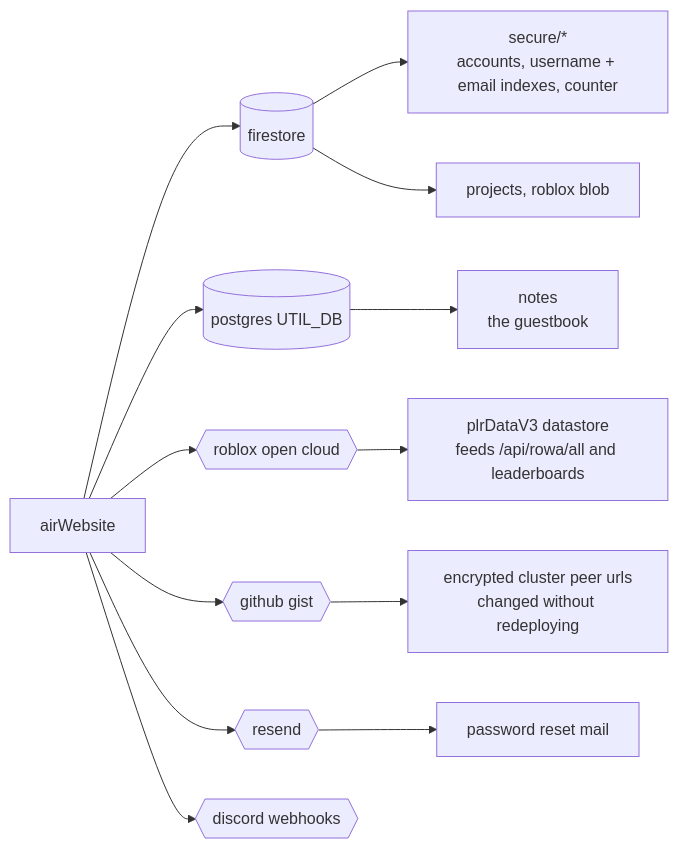
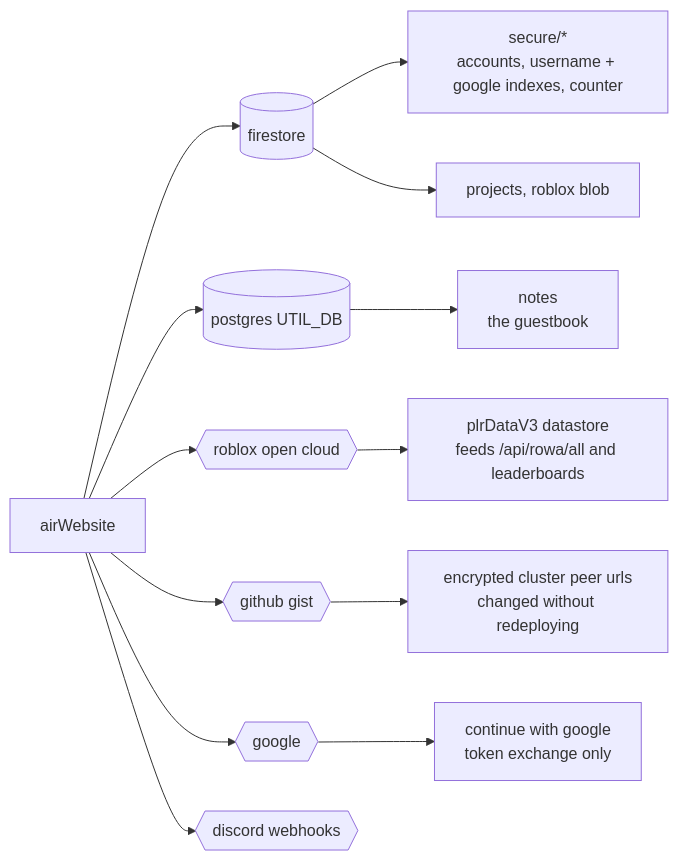
The sixth of 7 diagrams in ARCHITECTURE.md (Air-zy/airWebsite), drawn with Mermaid before and after one commit. The commit also changed other lines of this file and 22 other files, not shown here.

````diff
--- a/ARCHITECTURE.md
+++ b/ARCHITECTURE.md
@@ -170,22 +164,22 @@
 ```mermaid
 flowchart LR
   APP["airWebsite"]
 
   APP --> FS[("firestore")]
-  FS --> A1["secure/*<br/>accounts, username + email indexes, counter"]
+  FS --> A1["secure/*<br/>accounts, username + google indexes, counter"]
   FS --> A2["projects, roblox blob"]
 
   APP --> PG[("postgres UTIL_DB")]
   PG --> B1["notes<br/>the guestbook"]
 
   APP --> RBX{{"roblox open cloud"}}
   RBX --> C1["plrDataV3 datastore<br/>feeds /api/rowa/all and leaderboards"]
 
   APP --> GIST{{"github gist"}}
   GIST --> D1["encrypted cluster peer urls<br/>changed without redeploying"]
 
-  APP --> RES{{"resend"}}
-  RES --> E1["password reset mail"]
+  APP --> GOO{{"google"}}
+  GOO --> E1["continue with google<br/>token exchange only"]
 
   APP --> DISC{{"discord webhooks"}}
 ```
````
